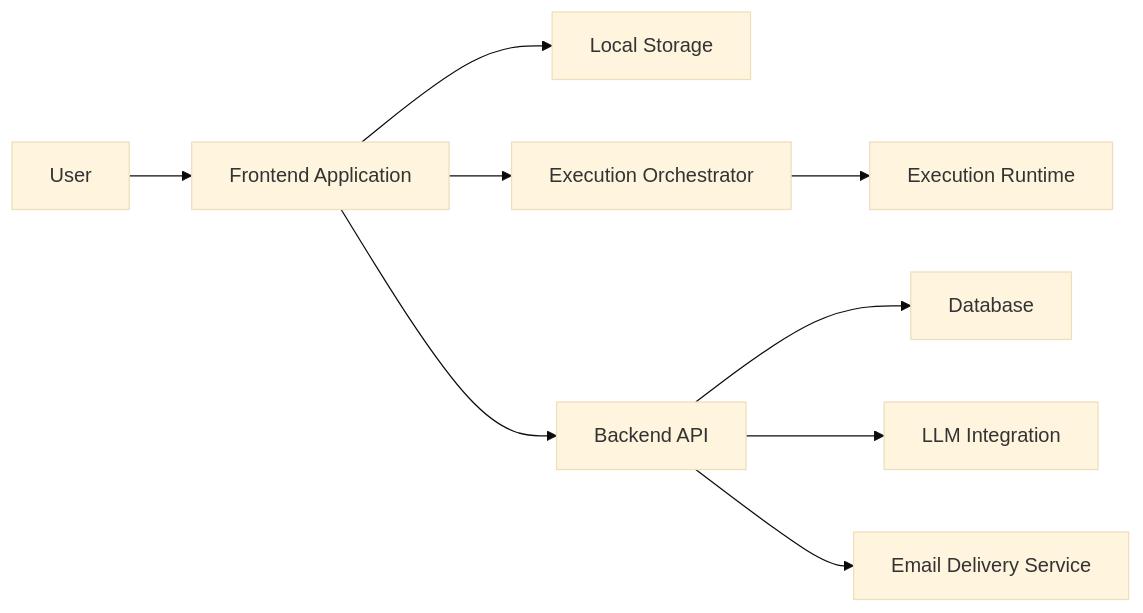
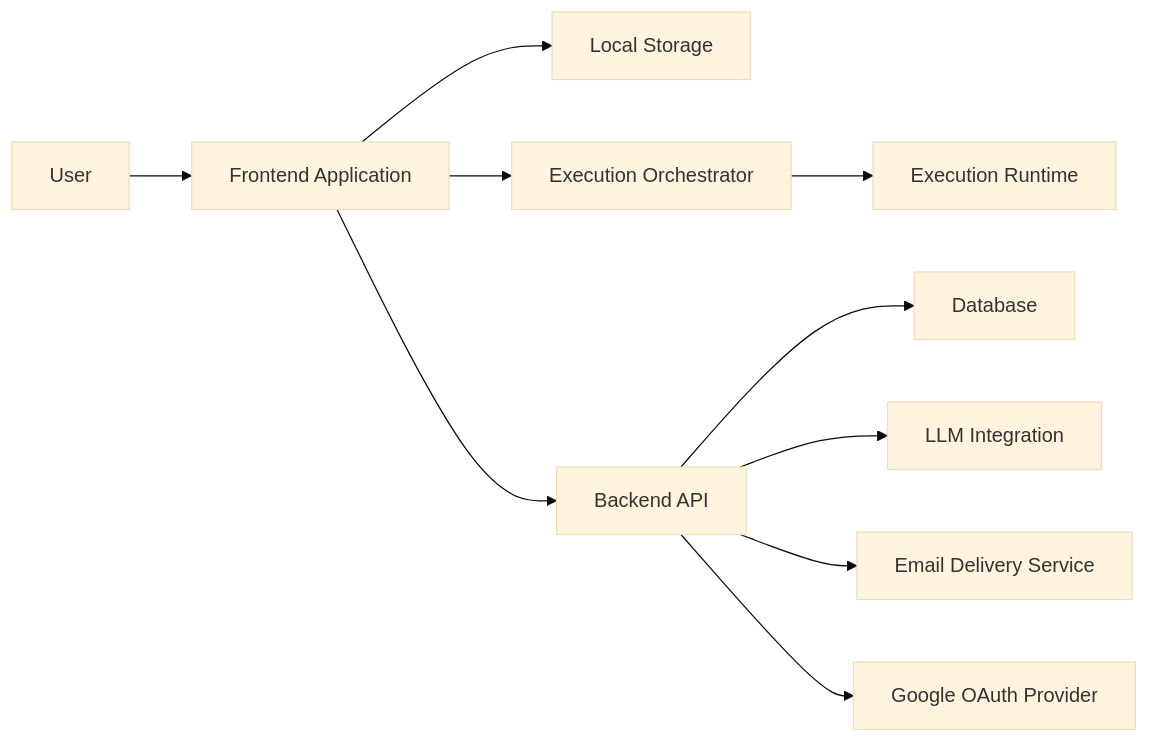
Before and after one commit to larchanka-training/dmc-1-t3-notebook-mono: the diagram in docs/system_architecture.md, drawn with Mermaid (base theme). The commit also changed other lines of this file and 3 other files, not shown here.

Commit message:
docs: add architecture documentation

````diff
--- a/docs/system_architecture.md
+++ b/docs/system_architecture.md
@@ -60,11 +66,12 @@
 ```mermaid
 flowchart LR
     User["User"] --> UI["Frontend Application"]
     UI --> Local["Local Storage"]
     UI --> Orchestrator["Execution Orchestrator"]
     Orchestrator --> Runtime["Execution Runtime"]
     UI --> API["Backend API"]
     API --> DB["Database"]
     API --> LLM["LLM Integration"]
     API --> Email["Email Delivery Service"]
+    API --> OAuth["Google OAuth Provider"]
 ```
````
